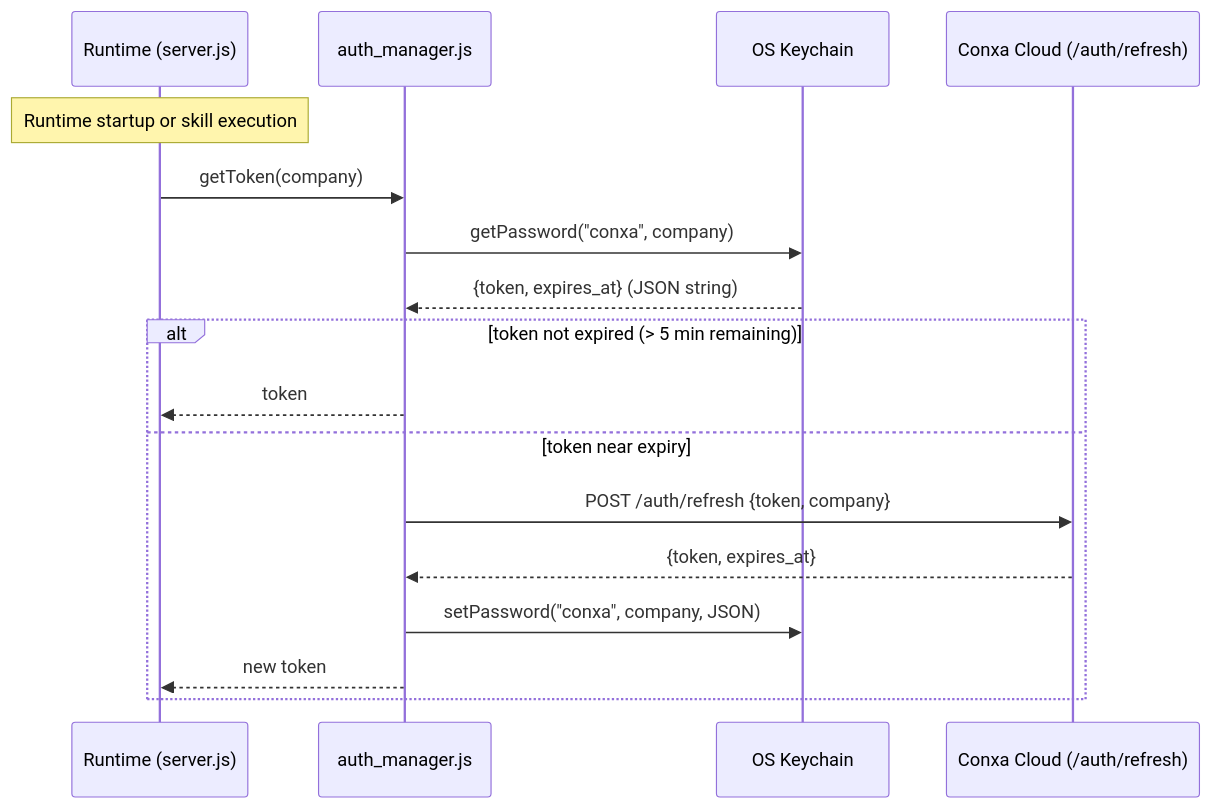
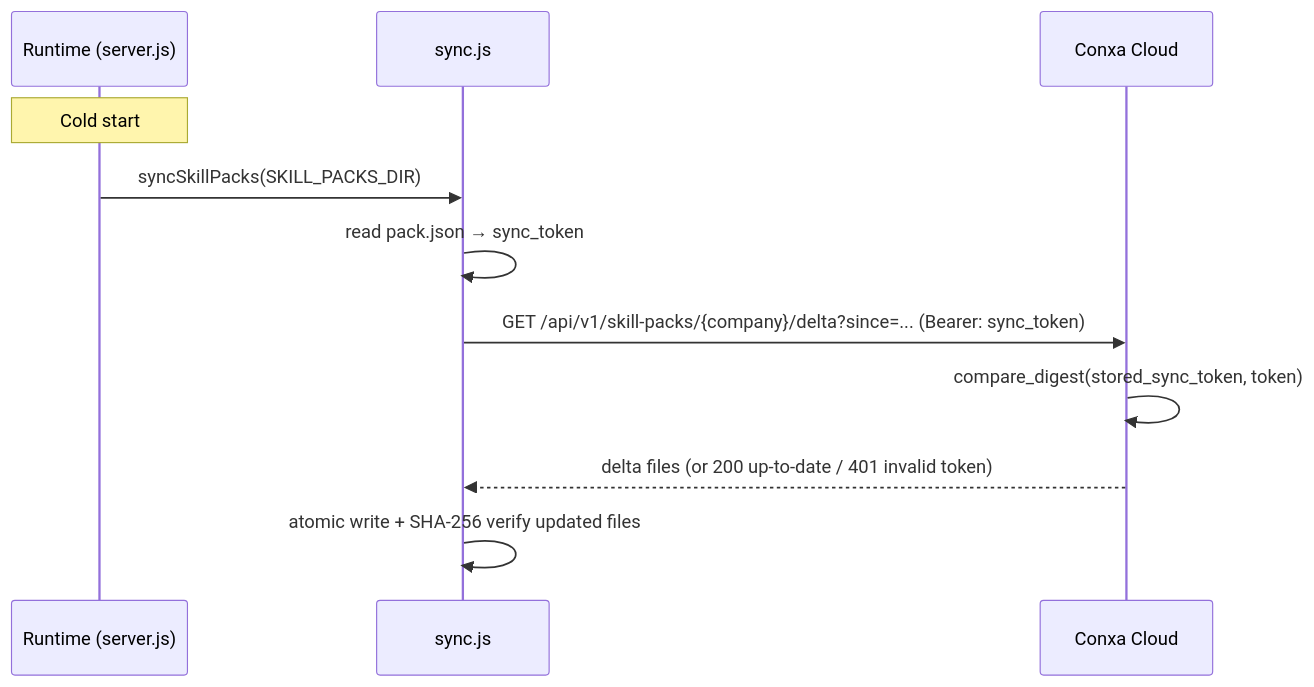
One commit to Cannonbold2412/AI_NATIVE changed the third of 7 diagrams in docs/TRD.md. Above: the diagram before and after it, drawn with Mermaid. The commit also changed other lines of this file and 2 other files, not shown here.

First line of the commit message:
docs: document installer-provisioned sync token auth model

````diff
--- a/docs/TRD.md
+++ b/docs/TRD.md
@@ -409,21 +430,14 @@
 ```mermaid
 sequenceDiagram
     participant RT as Runtime (server.js)
-    participant AM as auth_manager.js
-    participant Keytar as OS Keychain
-    participant Cloud as Conxa Cloud (/auth/refresh)
+    participant S as sync.js
+    participant Cloud as Conxa Cloud
 
-    Note over RT: Runtime startup or skill execution
-    RT->>AM: getToken(company)
-    AM->>Keytar: getPassword("conxa", company)
-    Keytar-->>AM: {token, expires_at} (JSON string)
-    
-    alt token not expired (> 5 min remaining)
-        AM-->>RT: token
-    else token near expiry
-        AM->>Cloud: POST /auth/refresh {token, company}
-        Cloud-->>AM: {token, expires_at}
-        AM->>Keytar: setPassword("conxa", company, JSON)
-        AM-->>RT: new token
-    end
+    Note over RT: Cold start
+    RT->>S: syncSkillPacks(SKILL_PACKS_DIR)
+    S->>S: read pack.json → sync_token
+    S->>Cloud: GET /api/v1/skill-packs/{company}/delta?since=... (Bearer: sync_token)
+    Cloud->>Cloud: compare_digest(stored_sync_token, token)
+    Cloud-->>S: delta files (or 200 up-to-date / 401 invalid token)
+    S->>S: atomic write + SHA-256 verify updated files
 ```
````
